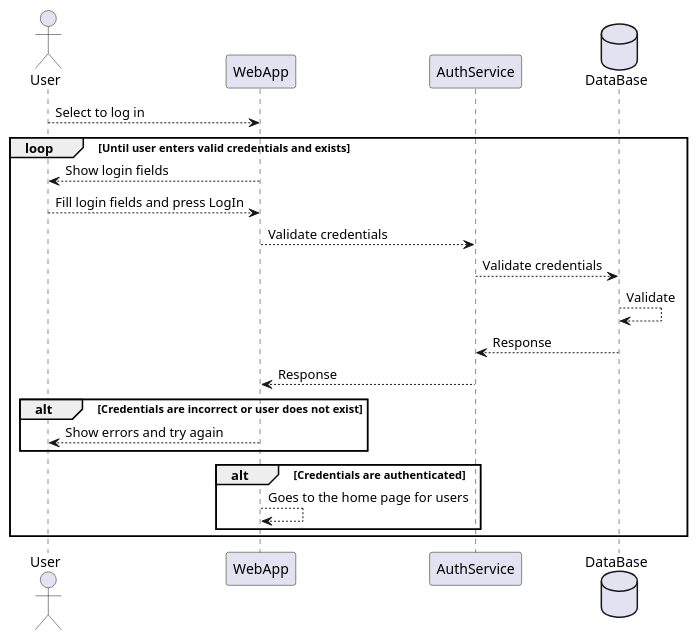
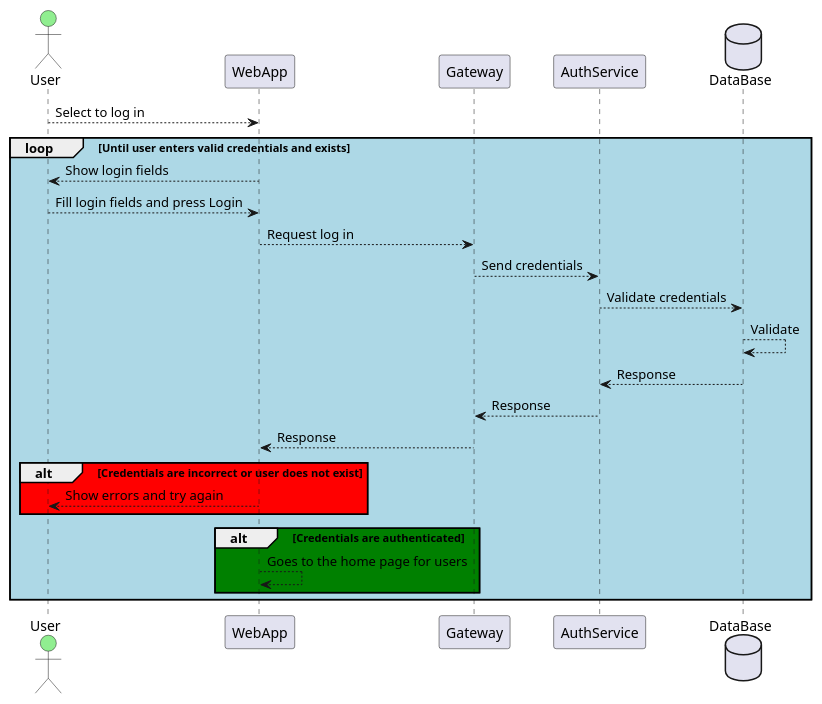
One commit to Arquisoft/wichat_en3b changed the second of 5 diagrams in docs/src/06_runtime_view.adoc. Above: the diagram before and after it, drawn with PlantUML. The commit also changed other lines of this file, not shown here.

Commit message:
Diagram of part 6.2 (add gateway and colors)

```diff
--- a/docs/src/06_runtime_view.adoc
+++ b/docs/src/06_runtime_view.adoc
@@ -84,31 +81,31 @@
 [plantuml,"LogIn",png]
 ----
-actor User
+actor User #lightgreen
 participant WebApp
+participant Gateway
 participant AuthService
 database DataBase
 
 User --> WebApp: Select to log in
 
-loop Until user enters valid credentials and exists
+loop #lightblue Until user enters valid credentials and exists
 
     WebApp --> User: Show login fields
-    User --> WebApp: Fill login fields and press LogIn
-    WebApp --> AuthService: Validate credentials
+    User --> WebApp: Fill login fields and press Login
+    WebApp --> Gateway: Request log in
+    Gateway --> AuthService: Send credentials
     AuthService --> DataBase: Validate credentials
     DataBase --> DataBase: Validate
     DataBase --> AuthService: Response
-    AuthService --> WebApp: Response
+    AuthService --> Gateway: Response
+    Gateway --> WebApp: Response
     
-    
-    alt Credentials are incorrect or user does not exist
+    alt #red Credentials are incorrect or user does not exist
         WebApp --> User: Show errors and try again
     end
     
-    alt Credentials are authenticated
+    alt #green Credentials are authenticated
         WebApp --> WebApp: Goes to the home page for users
-    end
-    
-    
+    end    
 end
 ----
```
